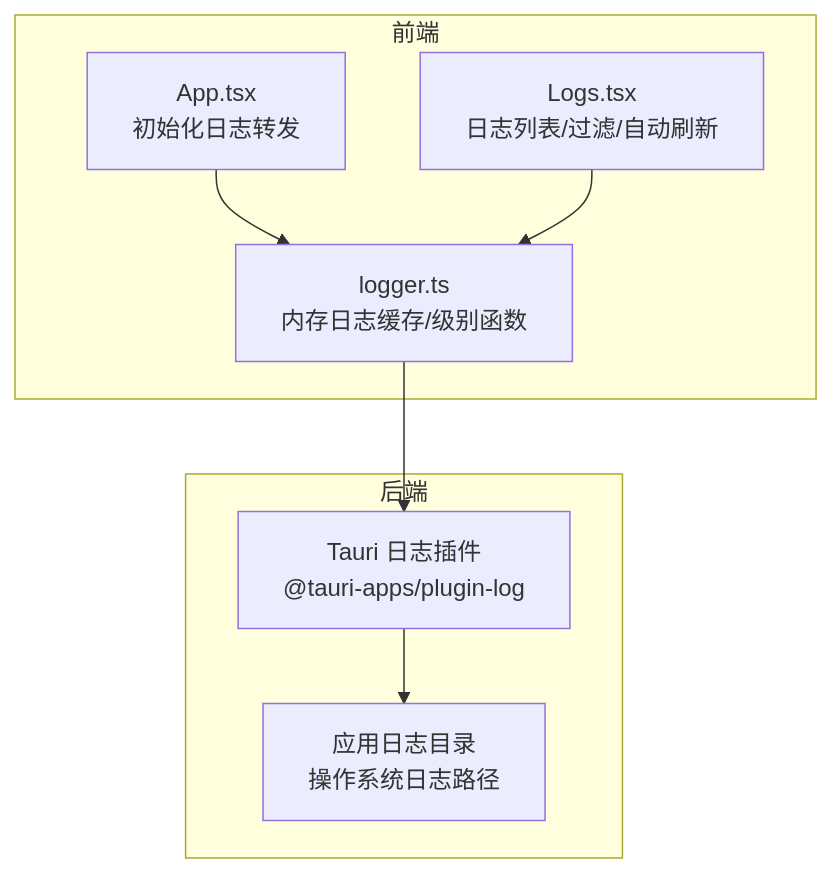
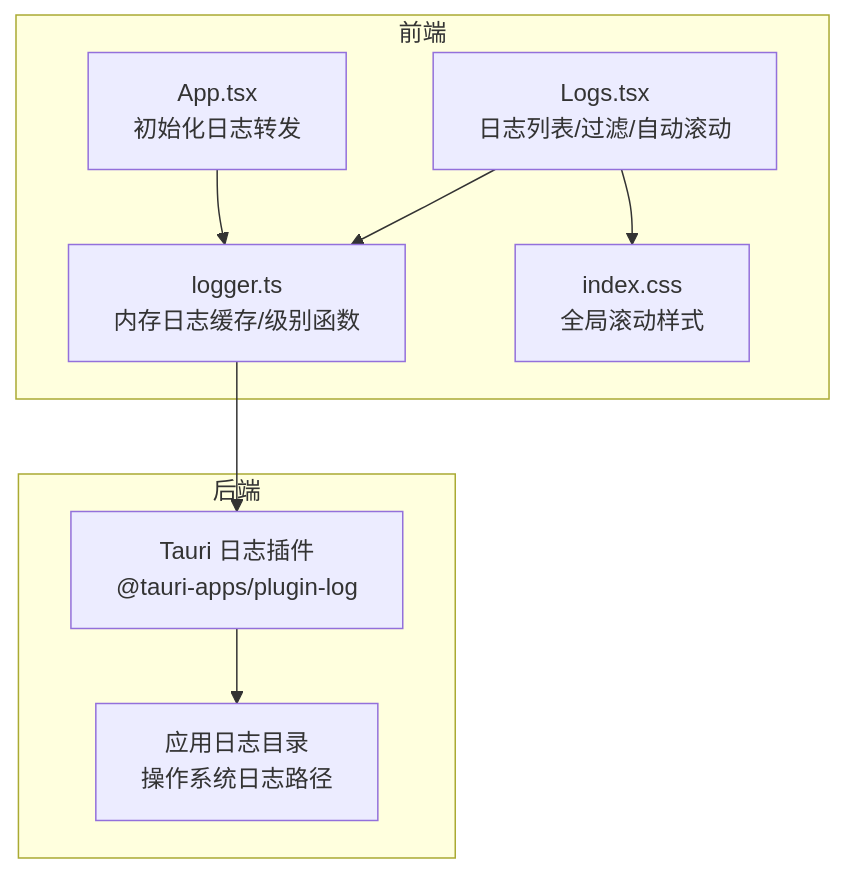
One commit to yn-zxj/Assetly changed the first of 5 diagrams in .qoder/repowiki/zh/content/系统集成/日志系统.md. Above: the diagram before and after it, drawn with Mermaid. The commit also changed other lines of this file and 9 other files, not shown here.

````diff
--- a/.qoder/repowiki/zh/content/系统集成/日志系统.md
+++ b/.qoder/repowiki/zh/content/系统集成/日志系统.md
@@ -43,16 +51,18 @@
 ```mermaid
 graph TB
 subgraph "前端"
 A["App.tsx<br/>初始化日志转发"]
 B["logger.ts<br/>内存日志缓存/级别函数"]
-C["Logs.tsx<br/>日志列表/过滤/自动刷新"]
+C["Logs.tsx<br/>日志列表/过滤/自动滚动"]
+D["index.css<br/>全局滚动样式"]
 end
 subgraph "后端"
-D["Tauri 日志插件<br/>@tauri-apps/plugin-log"]
-E["应用日志目录<br/>操作系统日志路径"]
+E["Tauri 日志插件<br/>@tauri-apps/plugin-log"]
+F["应用日志目录<br/>操作系统日志路径"]
 end
 A --> B
-B --> D
+B --> E
 C --> B
-D --> E
+C --> D
+E --> F
 ```
````
